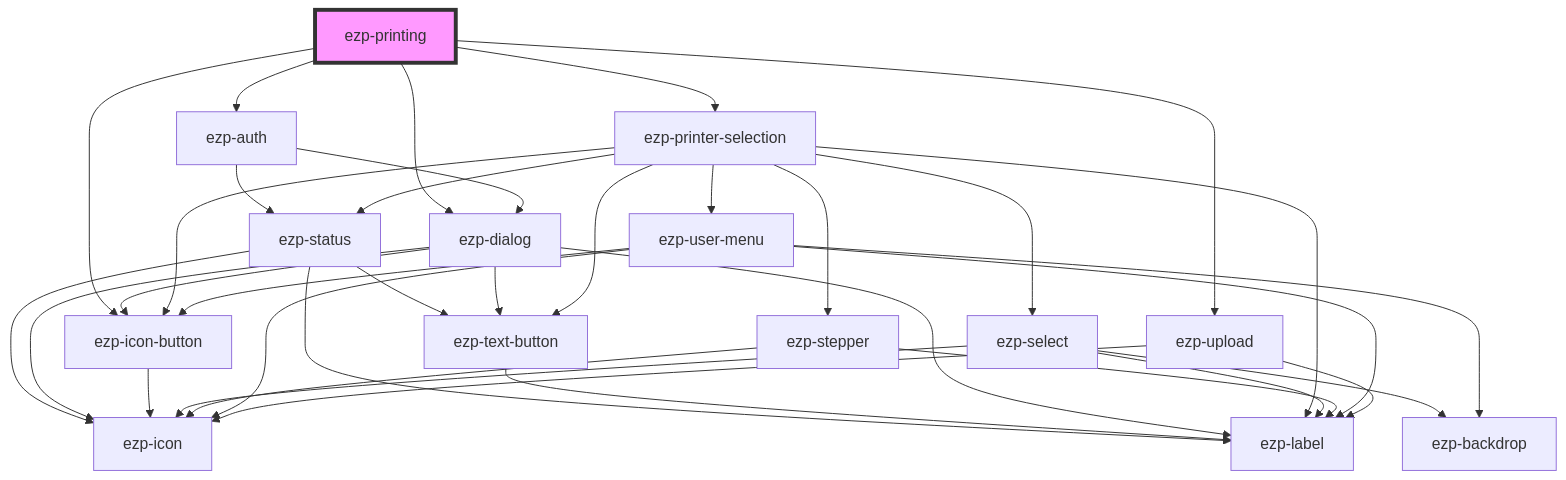
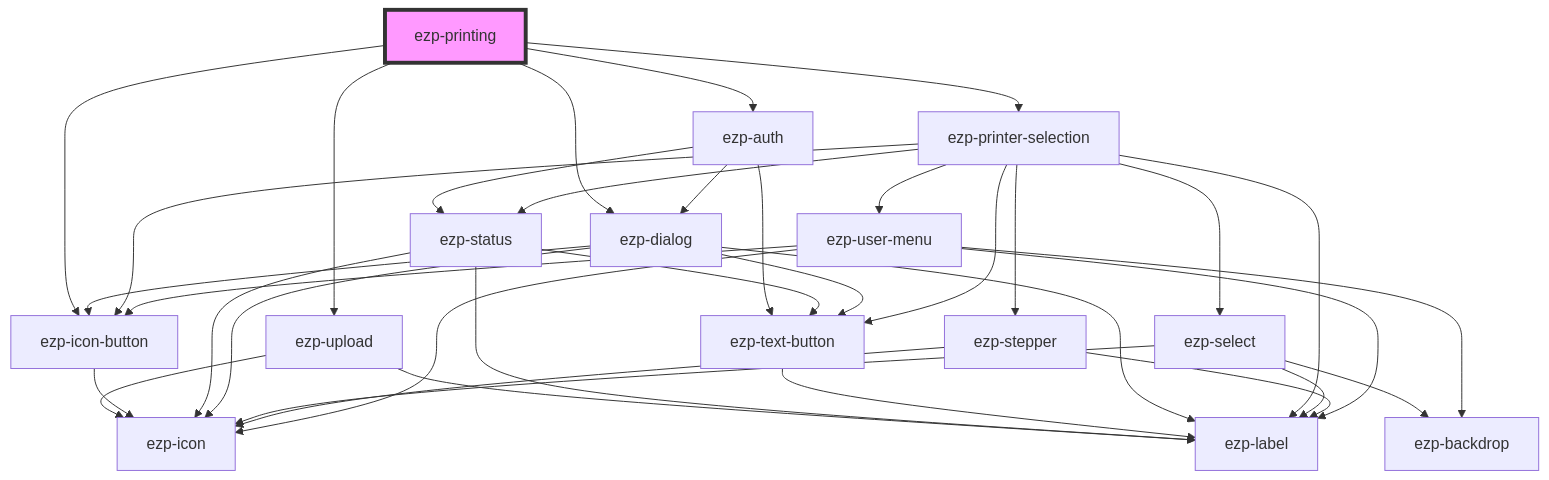
One commit to ezeep/ezeep-js changed the diagram in src/components/ezp-printing/readme.md. Above: the diagram before and after it, drawn with Mermaid. The commit also changed other lines of this file and 3 other files, not shown here.

````diff
--- a/src/components/ezp-printing/readme.md
+++ b/src/components/ezp-printing/readme.md
@@ -62,38 +83,39 @@
 ```mermaid
 graph TD;
+  ezp-printing --> ezp-upload
+  ezp-printing --> ezp-icon-button
   ezp-printing --> ezp-auth
   ezp-printing --> ezp-printer-selection
   ezp-printing --> ezp-dialog
-  ezp-printing --> ezp-upload
-  ezp-printing --> ezp-icon-button
+  ezp-upload --> ezp-icon
+  ezp-upload --> ezp-label
+  ezp-icon-button --> ezp-icon
   ezp-auth --> ezp-status
+  ezp-auth --> ezp-text-button
   ezp-auth --> ezp-dialog
   ezp-status --> ezp-icon
   ezp-status --> ezp-label
   ezp-status --> ezp-text-button
   ezp-text-button --> ezp-label
   ezp-dialog --> ezp-icon-button
   ezp-dialog --> ezp-icon
   ezp-dialog --> ezp-label
   ezp-dialog --> ezp-text-button
-  ezp-icon-button --> ezp-icon
   ezp-printer-selection --> ezp-status
   ezp-printer-selection --> ezp-label
   ezp-printer-selection --> ezp-icon-button
   ezp-printer-selection --> ezp-select
   ezp-printer-selection --> ezp-stepper
   ezp-printer-selection --> ezp-text-button
   ezp-printer-selection --> ezp-user-menu
   ezp-select --> ezp-backdrop
   ezp-select --> ezp-icon
   ezp-select --> ezp-label
   ezp-stepper --> ezp-icon
   ezp-stepper --> ezp-label
   ezp-user-menu --> ezp-backdrop
   ezp-user-menu --> ezp-label
   ezp-user-menu --> ezp-icon-button
   ezp-user-menu --> ezp-icon
-  ezp-upload --> ezp-icon
-  ezp-upload --> ezp-label
   style ezp-printing fill:#f9f,stroke:#333,stroke-width:4px
 ```
````
